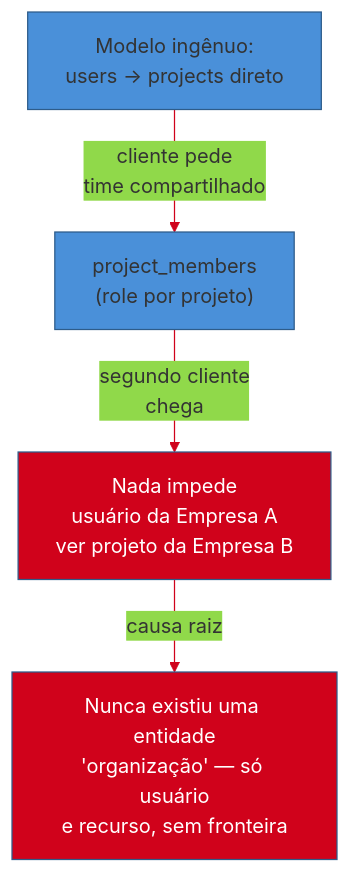
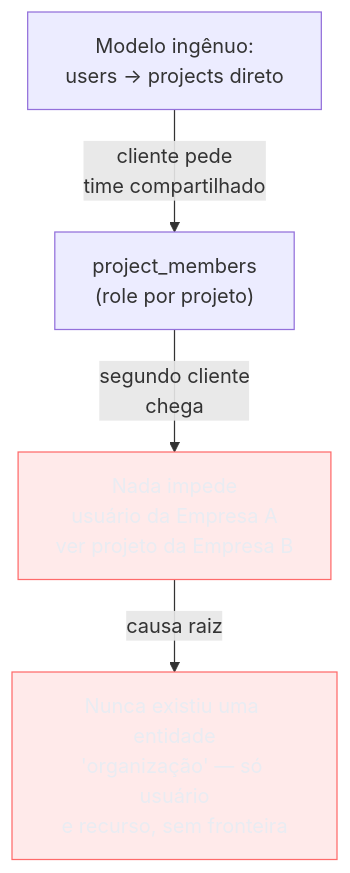
One commit to josenaldo/codex-technomanticus changed the first of 6 diagrams in 03-Dominios/Engenharia/Auth e Identidade/3 - Autorização e multi-tenancy/03 - Multi-tenancy e organizações.md. Above: the diagram before and after it, drawn with Mermaid. The commit also changed other lines of this file and 1181 other files, not shown here.

First line of the commit message:
fix(diagramas): paleta do sistema no lugar de cor cravada no markdown

````diff
--- a/03-Dominios/Engenharia/Auth e Identidade/3 - Autorização e multi-tenancy/03 - Multi-tenancy e organizações.md
+++ b/03-Dominios/Engenharia/Auth e Identidade/3 - Autorização e multi-tenancy/03 - Multi-tenancy e organizações.md
@@ -37,10 +37,10 @@
 ```mermaid
-%%{init: {"theme": "base", "themeVariables": {"primaryColor": "#4A90D9", "primaryBorderColor": "#2E5C8A", "lineColor": "#D0021B"}}}%%
 graph TD
+    classDef falha fill:#FF6B6B24,stroke:#FF6B6B,color:#E9ECF2
     A["Modelo ingênuo:<br/>users → projects direto"] -->|"cliente pede<br/>time compartilhado"| B["project_members<br/>(role por projeto)"]
     B -->|"segundo cliente<br/>chega"| C["Nada impede<br/>usuário da Empresa A<br/>ver projeto da Empresa B"]
     C -->|"causa raiz"| D["Nunca existiu uma entidade<br/>'organização' — só usuário<br/>e recurso, sem fronteira"]
 
-    style C fill:#D0021B,color:#fff
-    style D fill:#D0021B,color:#fff
+    class C falha
+    class D falha
 ```
````
